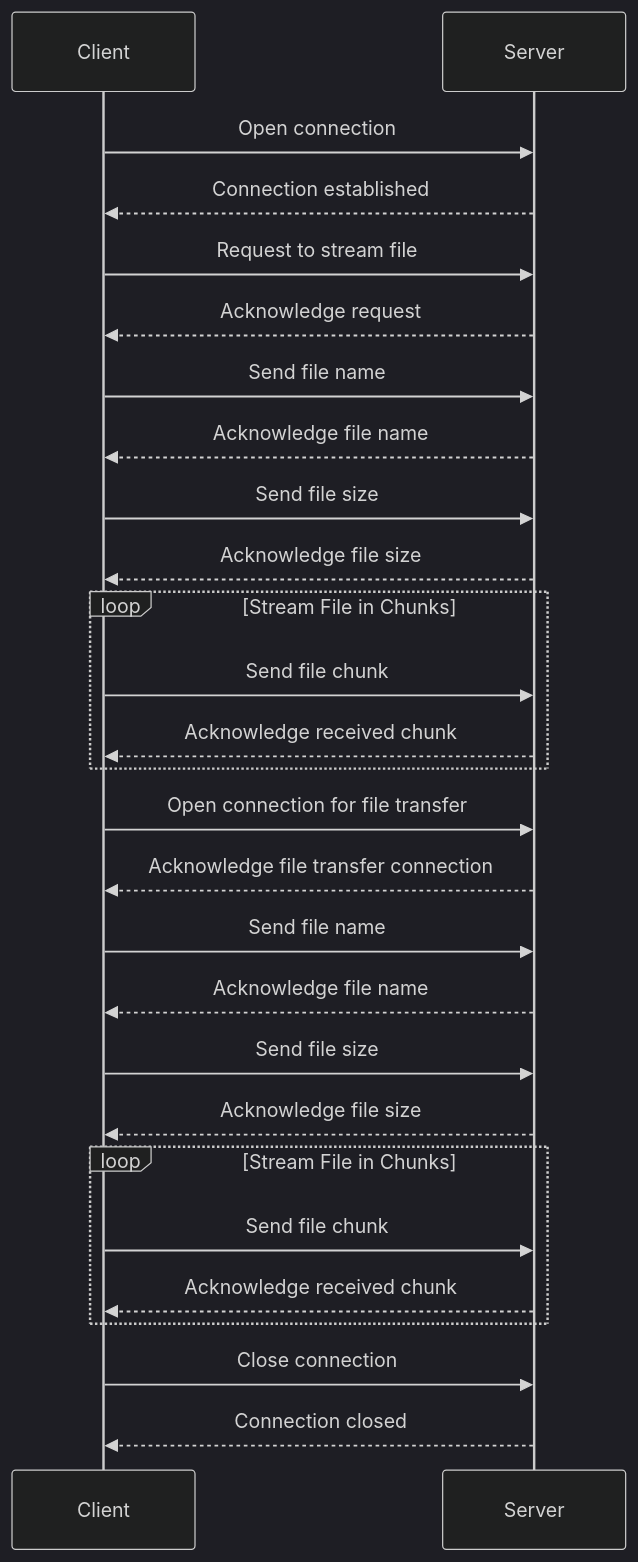
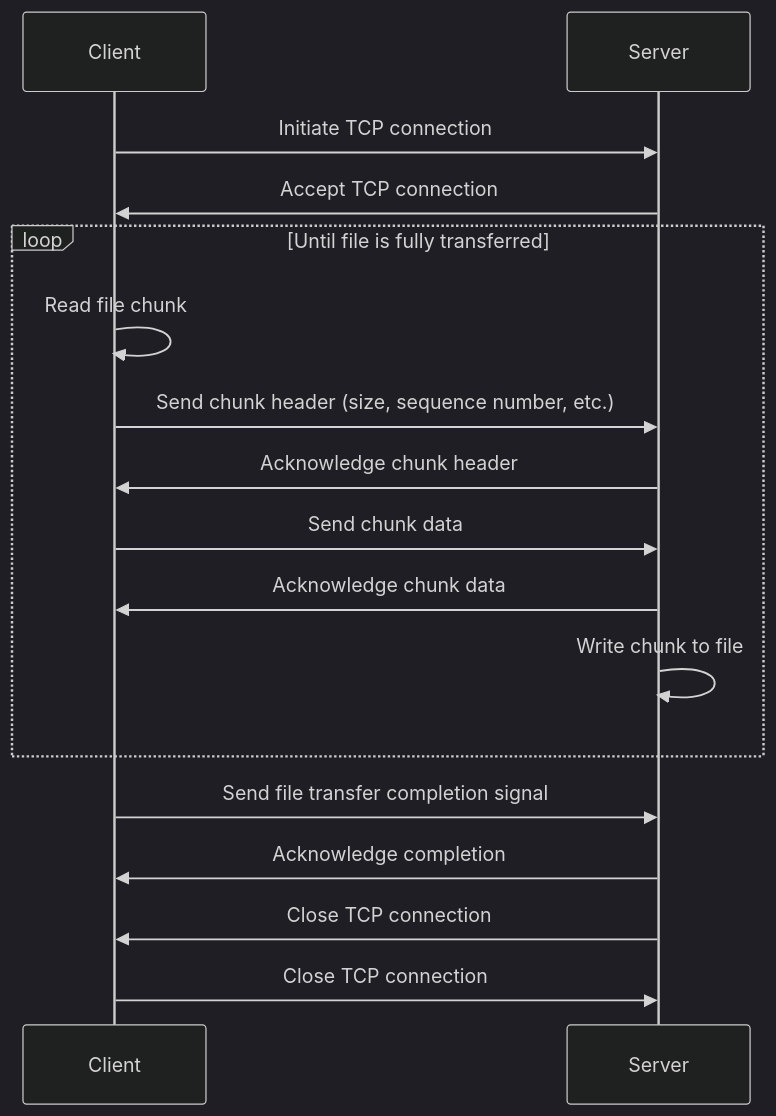
One commit to lyluongthien/thediligentengineer.com-backup changed the diagram in clqhpc34d000808jwcl729zsr.md. Above: the diagram before and after it, drawn with Mermaid (dark theme). The commit also changed other lines of this file, not shown here.

Commit message:
update post: Streaming Large Files over TCP

````diff
--- a/clqhpc34d000808jwcl729zsr.md
+++ b/clqhpc34d000808jwcl729zsr.md
@@ -167,46 +167,20 @@
 ```mermaid
 sequenceDiagram
     participant Client
     participant Server
-
-    %% Section 1: Introduction %%
-    Client->>Server: Open connection
-    Server-->>Client: Connection established
-
-    %% Section 2: File Server Setup %%
-    Client->>Server: Request to stream file
-    Server-->>Client: Acknowledge request
-
-    %% Section 3: Streaming File from Server %%
-    Client->>Server: Send file name
-    Server-->>Client: Acknowledge file name
-
-    Client->>Server: Send file size
-    Server-->>Client: Acknowledge file size
-
-    loop Stream File in Chunks
-        Client->>Server: Send file chunk
-        Server-->>Client: Acknowledge received chunk
+    Client->>Server: Initiate TCP connection
+    Server->>Client: Accept TCP connection
+    loop Until file is fully transferred
+        Client->>Client: Read file chunk
+        Client->>Server: Send chunk header (size, sequence number, etc.)
+        Server->>Client: Acknowledge chunk header
+        Client->>Server: Send chunk data
+        Server->>Client: Acknowledge chunk data
+        Server->>Server: Write chunk to file
     end
-
-    %% Section 4: File Client Setup %%
-    Client->>Server: Open connection for file transfer
-    Server-->>Client: Acknowledge file transfer connection
-
-    %% Section 5: Streaming File to Server %%
-    Client->>Server: Send file name
-    Server-->>Client: Acknowledge file name
-
-    Client->>Server: Send file size
-    Server-->>Client: Acknowledge file size
-
-    loop Stream File in Chunks
-        Client->>Server: Send file chunk
-        Server-->>Client: Acknowledge received chunk
-    end
-
-    %% Section 6: Conclusion %%
-    Client->>Server: Close connection
-    Server-->>Client: Connection closed
+    Client->>Server: Send file transfer completion signal
+    Server->>Client: Acknowledge completion
+    Server->>Client: Close TCP connection
+    Client->>Server: Close TCP connection
 
 ```
````
